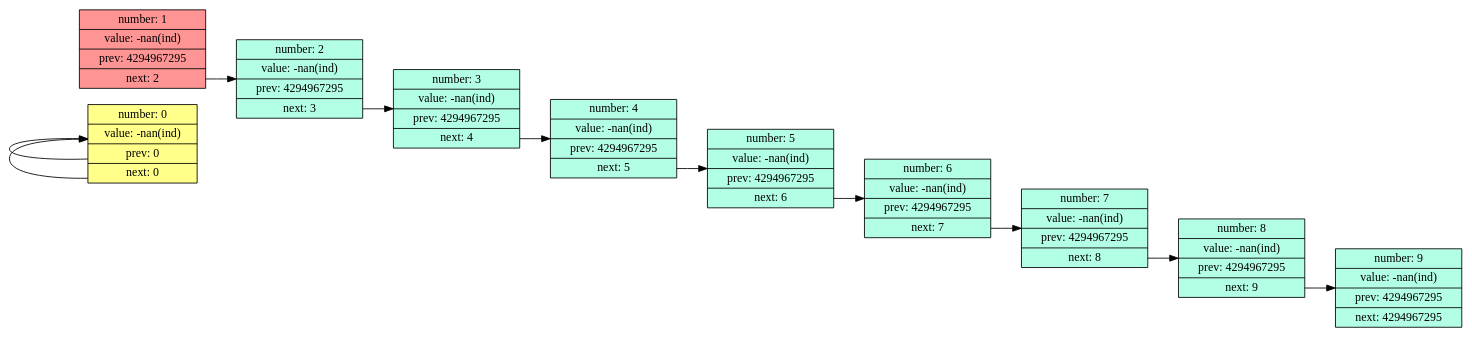
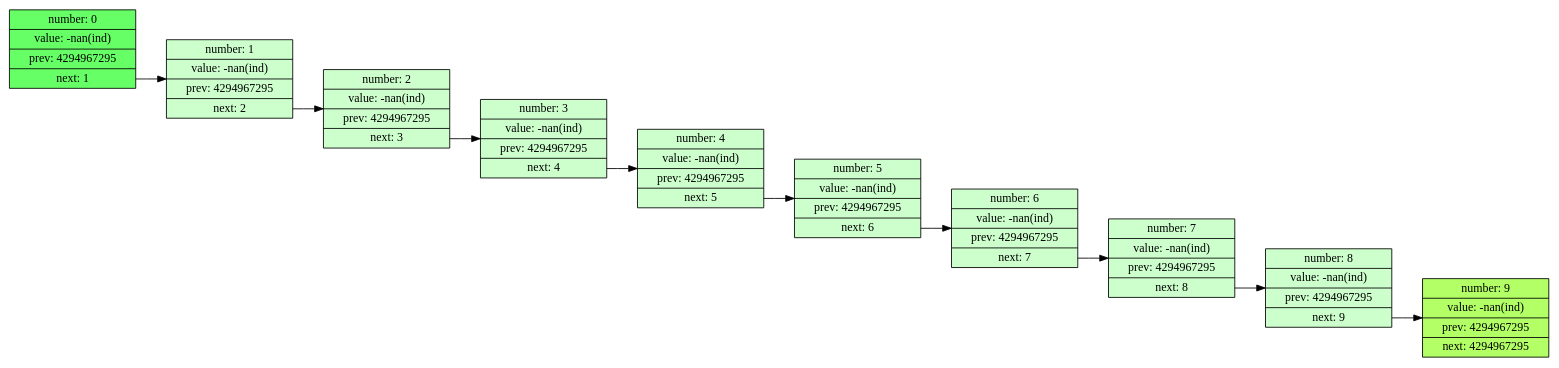
One commit to AndreyVV-100/List changed the diagram in Graph/out.dot. Above: the diagram before and after it, drawn with Graphviz. The commit also changed 3 other files, not shown here.

```diff
--- a/Graph/out.dot
+++ b/Graph/out.dot
@@ -1,23 +1,22 @@
 digraph G{
 rankdir = LR;
-unit0 [style="filled",                                       fillcolor = "#FFFF8A"                                     shape = record,                                         label = "number: 0 |                                            value: -nan(ind) |                                     <prev> prev:   0 |                                     <next> next:   0"];
-unit1 [style="filled",                                       fillcolor = "#FF9494"                                     shape = record,                                         label = "number: 1 |                                            value: -nan(ind) |                                     <prev> prev:   4294967295 |                                     <next> next:   2"];
-unit2 [style="filled",                                       fillcolor = "#B3FFE5"                                     shape = record,                                         label = "number: 2 |                                            value: -nan(ind) |                                     <prev> prev:   4294967295 |                                     <next> next:   3"];
-unit3 [style="filled",                                       fillcolor = "#B3FFE5"                                     shape = record,                                         label = "number: 3 |                                            value: -nan(ind) |                                     <prev> prev:   4294967295 |                                     <next> next:   4"];
-unit4 [style="filled",                                       fillcolor = "#B3FFE5"                                     shape = record,                                         label = "number: 4 |                                            value: -nan(ind) |                                     <prev> prev:   4294967295 |                                     <next> next:   5"];
-unit5 [style="filled",                                       fillcolor = "#B3FFE5"                                     shape = record,                                         label = "number: 5 |                                            value: -nan(ind) |                                     <prev> prev:   4294967295 |                                     <next> next:   6"];
-unit6 [style="filled",                                       fillcolor = "#B3FFE5"                                     shape = record,                                         label = "number: 6 |                                            value: -nan(ind) |                                     <prev> prev:   4294967295 |                                     <next> next:   7"];
-unit7 [style="filled",                                       fillcolor = "#B3FFE5"                                     shape = record,                                         label = "number: 7 |                                            value: -nan(ind) |                                     <prev> prev:   4294967295 |                                     <next> next:   8"];
-unit8 [style="filled",                                       fillcolor = "#B3FFE5"                                     shape = record,                                         label = "number: 8 |                                            value: -nan(ind) |                                     <prev> prev:   4294967295 |                                     <next> next:   9"];
-unit9 [style="filled",                                       fillcolor = "#B3FFE5"                                     shape = record,                                         label = "number: 9 |                                            value: -nan(ind) |                                     <prev> prev:   4294967295 |                                     <next> next:   4294967295"];
-unit0:<prev> -> unit0;
-unit0:<next> -> unit0;
+unit0 [style="filled",                                       fillcolor = "#66FF66"                                     shape = record,                                         label = "number: 0 |                                            value: -nan(ind) |                                     <prev> prev:   4294967295 |                                     <next> next:   1"];
+unit1 [style="filled",                                       fillcolor = "#CCFFCC"                                     shape = record,                                         label = "number: 1 |                                            value: -nan(ind) |                                     <prev> prev:   4294967295 |                                     <next> next:   2"];
+unit2 [style="filled",                                       fillcolor = "#CCFFCC"                                     shape = record,                                         label = "number: 2 |                                            value: -nan(ind) |                                     <prev> prev:   4294967295 |                                     <next> next:   3"];
+unit3 [style="filled",                                       fillcolor = "#CCFFCC"                                     shape = record,                                         label = "number: 3 |                                            value: -nan(ind) |                                     <prev> prev:   4294967295 |                                     <next> next:   4"];
+unit4 [style="filled",                                       fillcolor = "#CCFFCC"                                     shape = record,                                         label = "number: 4 |                                            value: -nan(ind) |                                     <prev> prev:   4294967295 |                                     <next> next:   5"];
+unit5 [style="filled",                                       fillcolor = "#CCFFCC"                                     shape = record,                                         label = "number: 5 |                                            value: -nan(ind) |                                     <prev> prev:   4294967295 |                                     <next> next:   6"];
+unit6 [style="filled",                                       fillcolor = "#CCFFCC"                                     shape = record,                                         label = "number: 6 |                                            value: -nan(ind) |                                     <prev> prev:   4294967295 |                                     <next> next:   7"];
+unit7 [style="filled",                                       fillcolor = "#CCFFCC"                                     shape = record,                                         label = "number: 7 |                                            value: -nan(ind) |                                     <prev> prev:   4294967295 |                                     <next> next:   8"];
+unit8 [style="filled",                                       fillcolor = "#CCFFCC"                                     shape = record,                                         label = "number: 8 |                                            value: -nan(ind) |                                     <prev> prev:   4294967295 |                                     <next> next:   9"];
+unit9 [style="filled",                                       fillcolor = "#B2FF66"                                     shape = record,                                         label = "number: 9 |                                            value: -nan(ind) |                                     <prev> prev:   4294967295 |                                     <next> next:   4294967295"];
+unit0:<next> -> unit1;
 unit1:<next> -> unit2;
 unit2:<next> -> unit3;
 unit3:<next> -> unit4;
 unit4:<next> -> unit5;
 unit5:<next> -> unit6;
 unit6:<next> -> unit7;
 unit7:<next> -> unit8;
 unit8:<next> -> unit9;
 }
```
